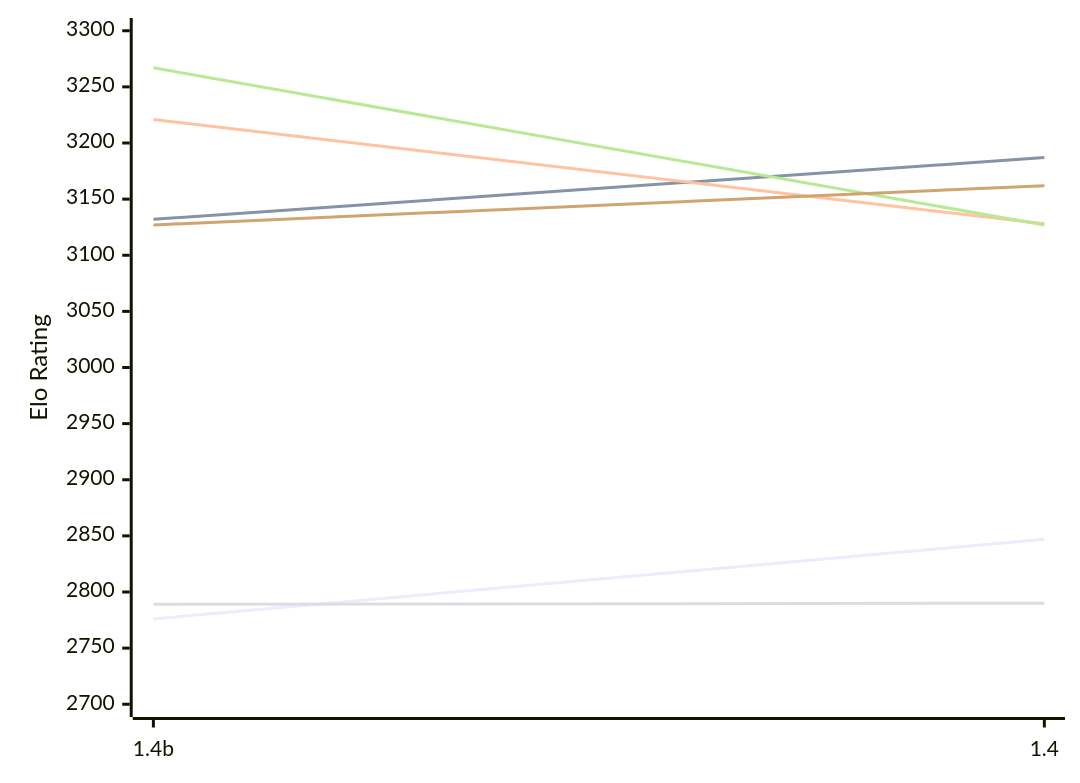
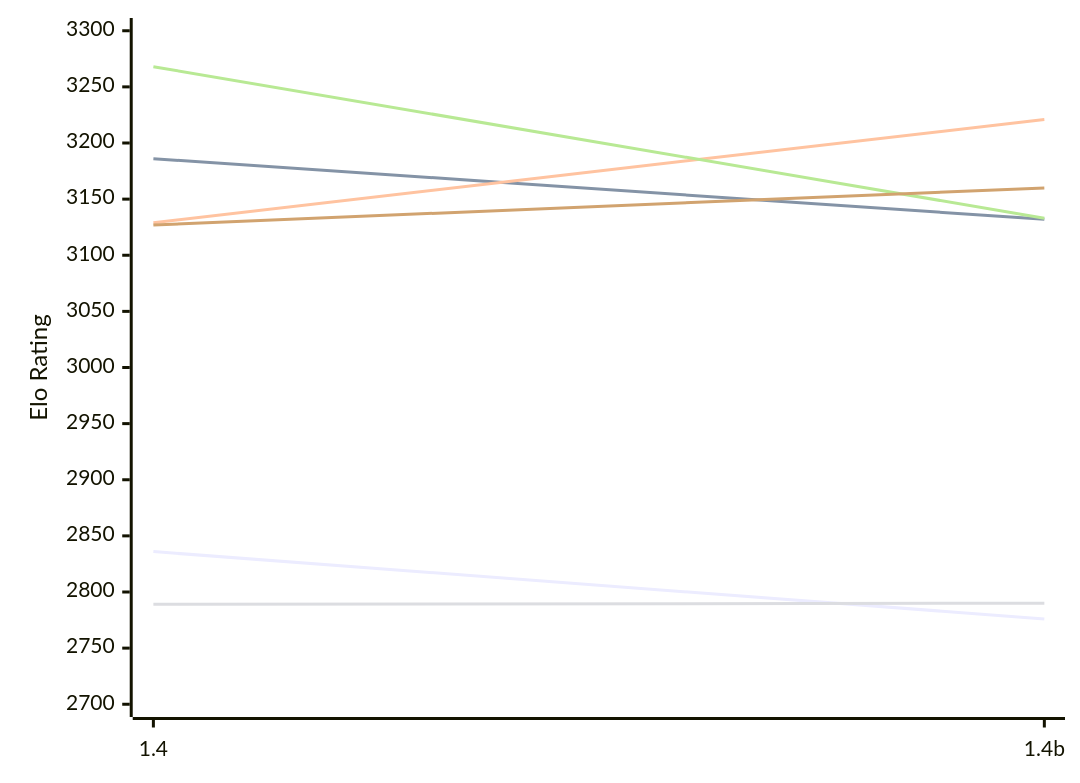
Before and after one commit to computer-chess-index/cci: the first of 2 diagrams in engines/Chessnix.md, drawn with Mermaid. The commit also changed other lines of this file, not shown here.

Commit message:
Update CCI Ratings (ELO VLTC) - 2026-11-27

````diff
--- a/engines/Chessnix.md
+++ b/engines/Chessnix.md
@@ -52,12 +52,12 @@
 ```mermaid
 %%{init: {"theme":"base","themeVariables":{"seriesColors:['#a3a3a3','#222221','#faa371']}}}%%
 xychart-beta
-  x-axis ["1.4b", "1.4"]
+  x-axis ["1.4", "1.4b"]
   y-axis "Elo Rating" 2700 --> 3300
-  line "E1: STC (8.0+0.08s)" [2776, 2847]
-  line "E1: LTC (60.0+0.60s)" [3132, 3187]
-  line "E1: VLTC (2m24s+1.12s)" [3221, 3128]
+  line "E1: STC (8.0+0.08s)" [2836, 2776]
+  line "E1: LTC (60.0+0.60s)" [3186, 3132]
+  line "E1: VLTC (2m24s+1.12s)" [3129, 3221]
   line "P1: STC (8.0+0.08s)" [2789, 2790]
-  line "P1: LTC (60.0+0.60s)" [3267, 3127]
-  line "P1: VLTC (2m24s+1.12s)" [3127, 3162]
+  line "P1: LTC (60.0+0.60s)" [3268, 3133]
+  line "P1: VLTC (2m24s+1.12s)" [3127, 3160]
 ```
````
